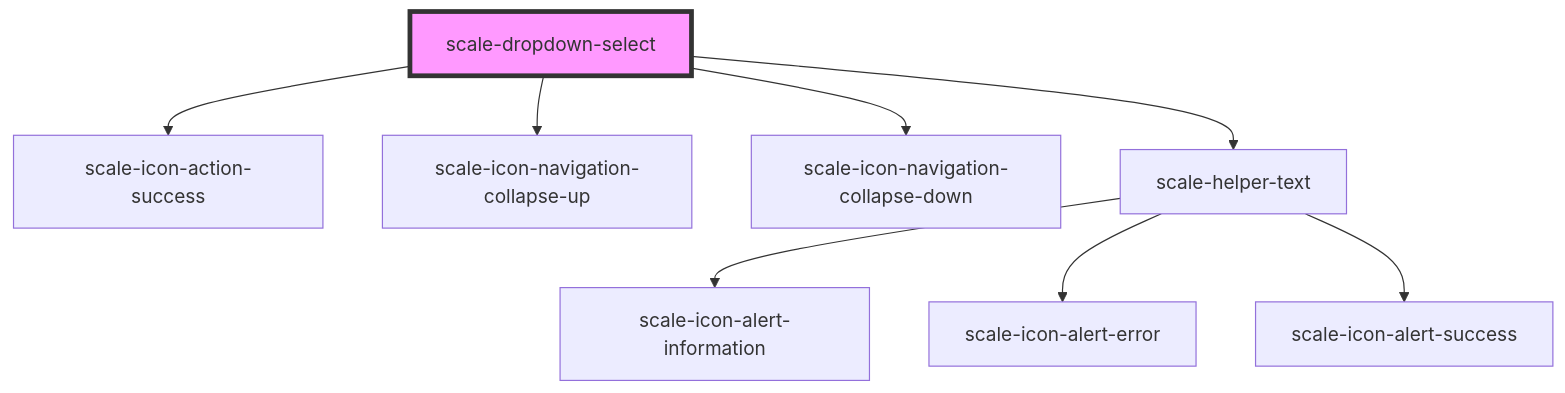
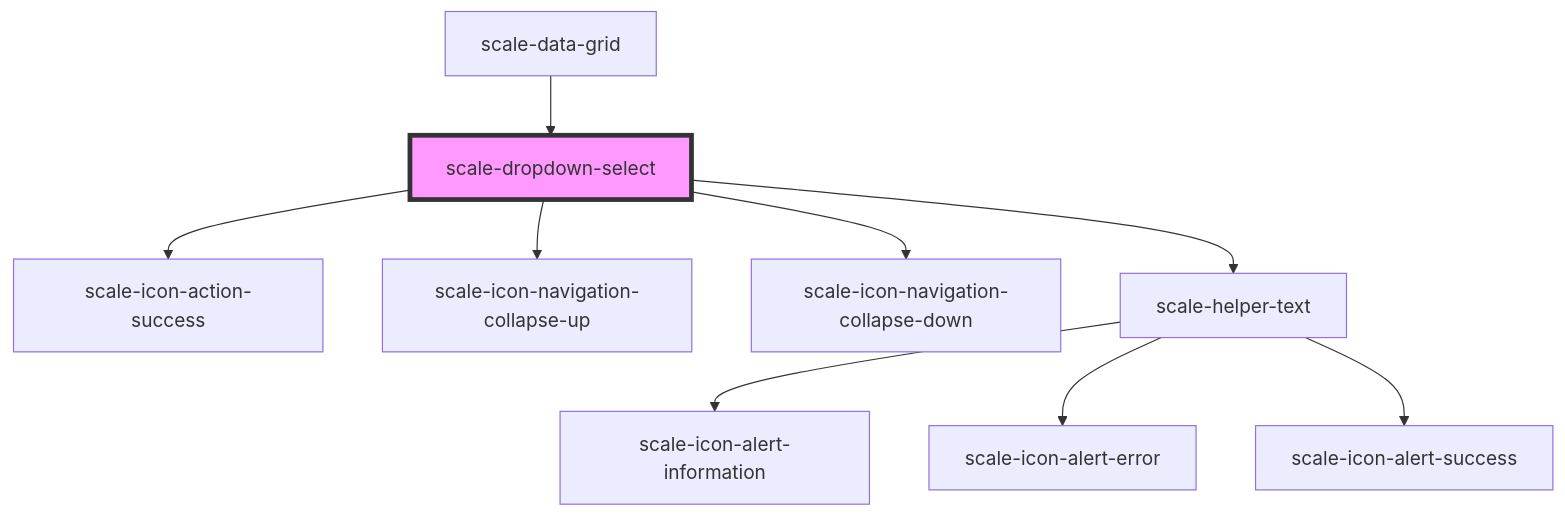
The diagram in packages/components/src/components/dropdown-select/readme.md (telekom/scale), drawn with Mermaid before and after one commit. The commit also changed other lines of this file and 2 other files, not shown here.

Commit message:
feat(dropdown-select): enable fixed position for listbox

````diff
--- a/packages/components/src/components/dropdown-select/readme.md
+++ b/packages/components/src/components/dropdown-select/readme.md
@@ -57,11 +62,12 @@
 ```mermaid
 graph TD;
   scale-dropdown-select --> scale-icon-action-success
   scale-dropdown-select --> scale-icon-navigation-collapse-up
   scale-dropdown-select --> scale-icon-navigation-collapse-down
   scale-dropdown-select --> scale-helper-text
   scale-helper-text --> scale-icon-alert-information
   scale-helper-text --> scale-icon-alert-error
   scale-helper-text --> scale-icon-alert-success
+  scale-data-grid --> scale-dropdown-select
   style scale-dropdown-select fill:#f9f,stroke:#333,stroke-width:4px
 ```
````
